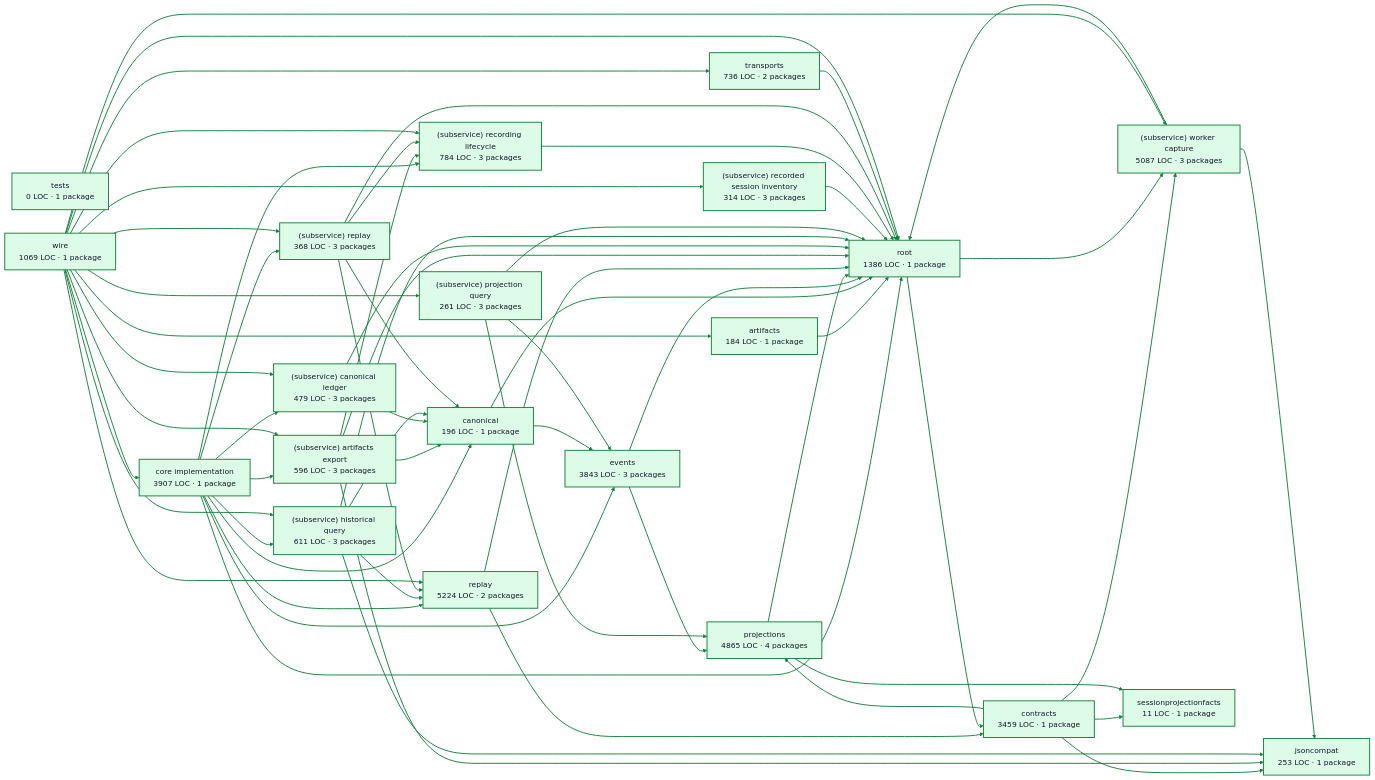
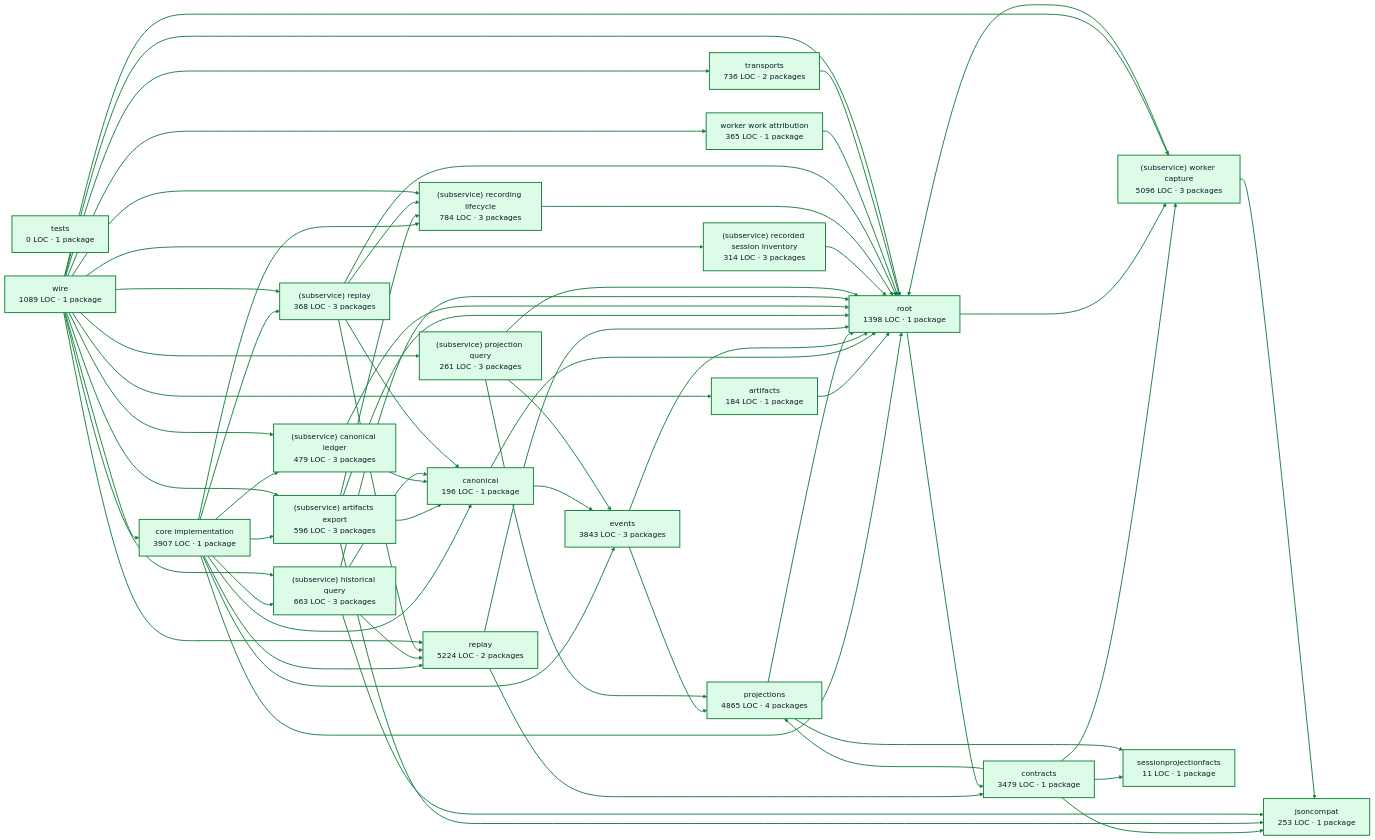
The diagram in docs/architecture/visualizations/services/recordings.md (portpowered/you-agent-factory), drawn with Mermaid (forest theme) before and after one commit. The commit also changed other lines of this file and 20 other files, not shown here.

Commit message:
docs: refresh backend architecture visualizations

````diff
--- a/docs/architecture/visualizations/services/recordings.md
+++ b/docs/architecture/visualizations/services/recordings.md
@@ -13,24 +13,25 @@
   p0["core implementation<br/>3907 LOC · 1 package"]
   p1["artifacts<br/>184 LOC · 1 package"]
   p2["canonical<br/>196 LOC · 1 package"]
-  p3["contracts<br/>3459 LOC · 1 package"]
+  p3["contracts<br/>3479 LOC · 1 package"]
   p4["events<br/>3843 LOC · 3 packages"]
   p5["jsoncompat<br/>253 LOC · 1 package"]
   p6["projections<br/>4865 LOC · 4 packages"]
   p7["replay<br/>5224 LOC · 2 packages"]
   p8["(subservice) artifacts export<br/>596 LOC · 3 packages"]
   p9["(subservice) canonical ledger<br/>479 LOC · 3 packages"]
-  p10["(subservice) historical query<br/>611 LOC · 3 packages"]
+  p10["(subservice) historical query<br/>663 LOC · 3 packages"]
   p11["(subservice) projection query<br/>261 LOC · 3 packages"]
   p12["(subservice) recorded session inventory<br/>314 LOC · 3 packages"]
   p13["(subservice) recording lifecycle<br/>784 LOC · 3 packages"]
   p14["(subservice) replay<br/>368 LOC · 3 packages"]
-  p15["(subservice) worker capture<br/>5087 LOC · 3 packages"]
+  p15["(subservice) worker capture<br/>5096 LOC · 3 packages"]
   p16["sessionprojectionfacts<br/>11 LOC · 1 package"]
   p17["tests<br/>0 LOC · 1 package"]
-  p18["root<br/>1386 LOC · 1 package"]
-  p19["transports<br/>736 LOC · 2 packages"]
-  p20["wire<br/>1069 LOC · 1 package"]
+  p18["worker work attribution<br/>365 LOC · 1 package"]
+  p19["root<br/>1398 LOC · 1 package"]
+  p20["transports<br/>736 LOC · 2 packages"]
+  p21["wire<br/>1089 LOC · 1 package"]
   p0 --> p2
   p0 --> p4
   p0 --> p7
@@ -39,57 +40,59 @@
   p0 --> p10
   p0 --> p13
   p0 --> p14
-  p0 --> p18
-  p1 --> p18
+  p0 --> p19
+  p1 --> p19
   p2 --> p4
-  p2 --> p18
+  p2 --> p19
   p3 --> p5
   p3 --> p6
   p3 --> p15
   p3 --> p16
   p4 --> p6
-  p4 --> p18
+  p4 --> p19
   p6 --> p16
-  p6 --> p18
+  p6 --> p19
   p7 --> p3
-  p7 --> p18
+  p7 --> p19
   p8 --> p2
   p8 --> p5
   p8 --> p13
-  p8 --> p18
+  p8 --> p19
   p9 --> p2
-  p9 --> p18
+  p9 --> p19
   p10 --> p2
   p10 --> p5
   p10 --> p7
-  p10 --> p18
+  p10 --> p19
   p11 --> p4
   p11 --> p6
-  p11 --> p18
-  p12 --> p18
-  p13 --> p18
+  p11 --> p19
+  p12 --> p19
+  p13 --> p19
   p14 --> p2
   p14 --> p7
   p14 --> p13
-  p14 --> p18
+  p14 --> p19
   p15 --> p5
-  p15 --> p18
-  p18 --> p3
-  p18 --> p15
-  p19 --> p18
-  p20 --> p0
-  p20 --> p1
-  p20 --> p7
-  p20 --> p8
-  p20 --> p9
-  p20 --> p10
-  p20 --> p11
-  p20 --> p12
-  p20 --> p13
-  p20 --> p14
-  p20 --> p15
-  p20 --> p18
+  p15 --> p19
+  p18 --> p19
+  p19 --> p3
+  p19 --> p15
   p20 --> p19
+  p21 --> p0
+  p21 --> p1
+  p21 --> p7
+  p21 --> p8
+  p21 --> p9
+  p21 --> p10
+  p21 --> p11
+  p21 --> p12
+  p21 --> p13
+  p21 --> p14
+  p21 --> p15
+  p21 --> p18
+  p21 --> p19
+  p21 --> p20
   style p0 fill:#dcfce7,stroke:#15803d,stroke-width:2px,color:#111827
   style p1 fill:#dcfce7,stroke:#15803d,stroke-width:2px,color:#111827
   style p2 fill:#dcfce7,stroke:#15803d,stroke-width:2px,color:#111827
@@ -111,5 +114,6 @@
   style p18 fill:#dcfce7,stroke:#15803d,stroke-width:2px,color:#111827
   style p19 fill:#dcfce7,stroke:#15803d,stroke-width:2px,color:#111827
   style p20 fill:#dcfce7,stroke:#15803d,stroke-width:2px,color:#111827
+  style p21 fill:#dcfce7,stroke:#15803d,stroke-width:2px,color:#111827
   linkStyle default stroke:#15803d,stroke-width:2px
 ```
````
